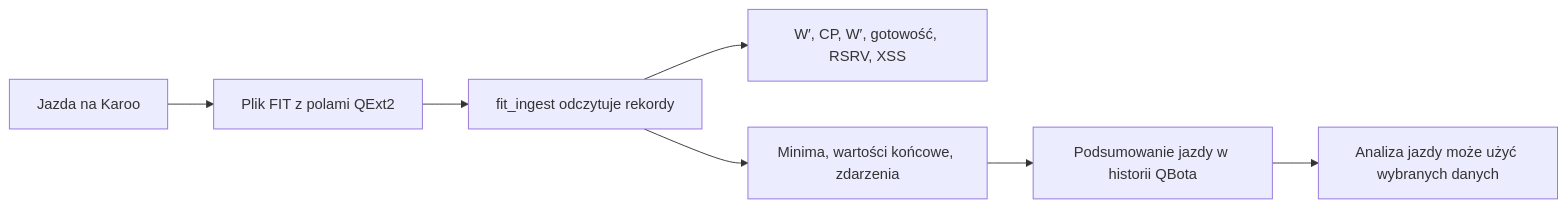
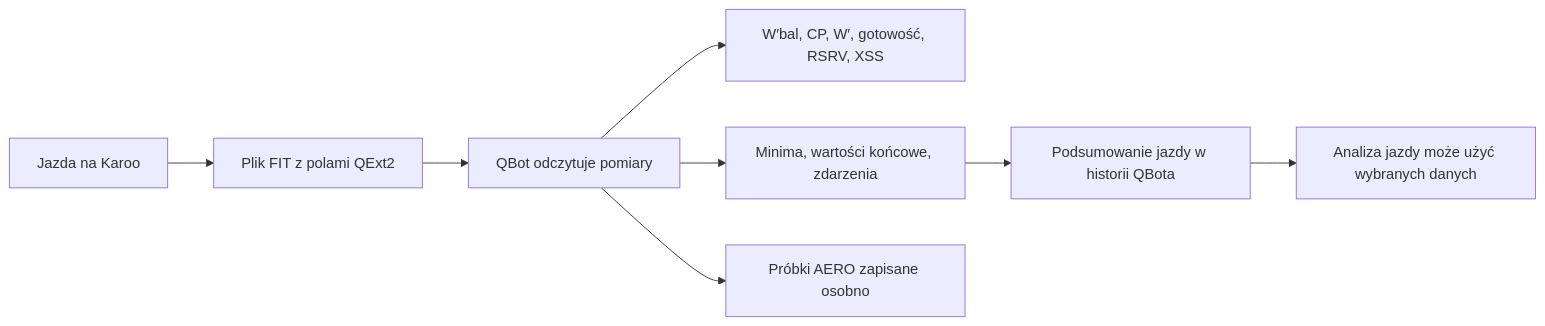
The diagram in docs/wiki/qext2/pola-fit.md (QbotMS/QbotQ), drawn with Mermaid before and after one commit. The commit also changed other lines of this file and 153 other files, not shown here.

````diff
--- a/docs/wiki/qext2/pola-fit.md
+++ b/docs/wiki/qext2/pola-fit.md
@@ -41,9 +47,10 @@
 ```mermaid
 flowchart LR
   Ride[Jazda na Karoo] --> FIT[Plik FIT z polami QExt2]
-  FIT --> Parser[fit_ingest odczytuje rekordy]
-  Parser --> Fields[W′, CP, W′, gotowość, RSRV, XSS]
-  Parser --> Summary[Minima, wartości końcowe, zdarzenia]
+  FIT --> Odczyt[QBot odczytuje pomiary]
+  Odczyt --> Fields[W′bal, CP, W′, gotowość, RSRV, XSS]
+  Odczyt --> Summary[Minima, wartości końcowe, zdarzenia]
   Summary --> Table[Podsumowanie jazdy w historii QBota]
+  Odczyt --> Aero[Próbki AERO zapisane osobno]
   Table --> Analysis[Analiza jazdy może użyć wybranych danych]
 ```
````
